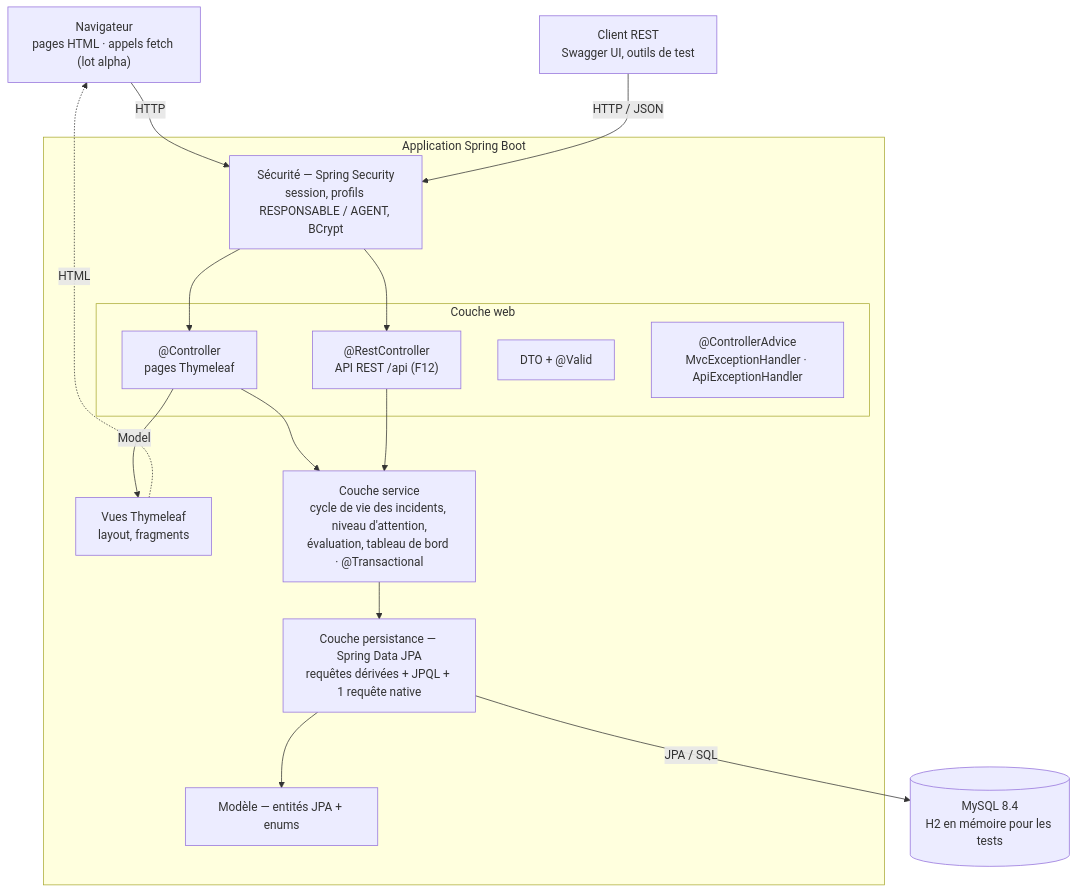
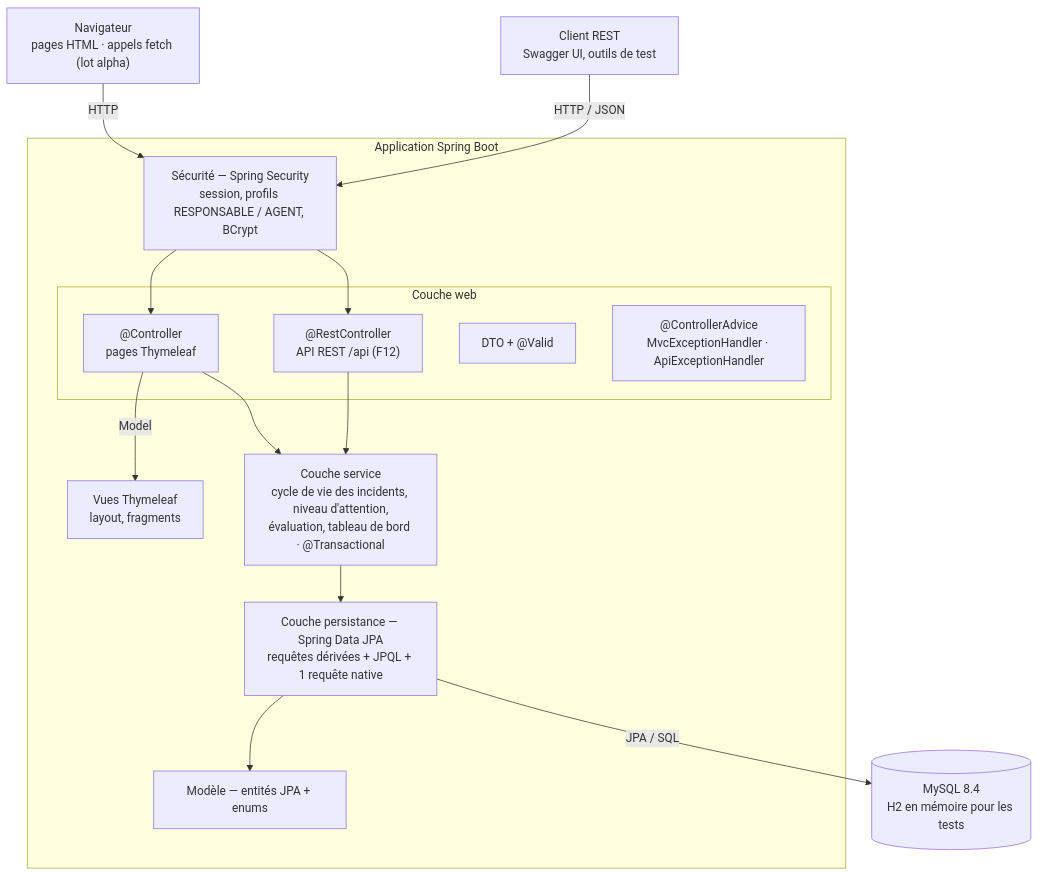
Before and after one commit to ctpnheee/altn72-supervision: the first of 8 diagrams in docs/ARCHITECTURE.md, drawn with Mermaid.

Commit message:
change rendering vue

````diff
--- a/docs/ARCHITECTURE.md
+++ b/docs/ARCHITECTURE.md
@@ -14,33 +14,32 @@
 ```mermaid
 flowchart TB
     nav["Navigateur<br/>pages HTML · appels fetch (lot alpha)"]
     ext["Client REST<br/>Swagger UI, outils de test"]
 
     subgraph app["Application Spring Boot"]
         sec["Sécurité — Spring Security<br/>session, profils RESPONSABLE / AGENT, BCrypt"]
         subgraph web["Couche web"]
             mvc["@Controller<br/>pages Thymeleaf"]
             api["@RestController<br/>API REST /api (F12)"]
             dto["DTO + @Valid"]
             adv["@ControllerAdvice<br/>MvcExceptionHandler · ApiExceptionHandler"]
         end
         views["Vues Thymeleaf<br/>layout, fragments"]
         svc["Couche service<br/>cycle de vie des incidents, niveau d'attention,<br/>évaluation, tableau de bord · @Transactional"]
         repo["Couche persistance — Spring Data JPA<br/>requêtes dérivées + JPQL + 1 requête native"]
         model["Modèle — entités JPA + enums"]
     end
 
     db[("MySQL 8.4<br/>H2 en mémoire pour les tests")]
 
     nav -- HTTP --> sec
     ext -- HTTP / JSON --> sec
     sec --> mvc
     sec --> api
     mvc -- Model --> views
-    views -. HTML .-> nav
     mvc --> svc
     api --> svc
     svc --> repo
     repo --> model
     repo -- JPA / SQL --> db
 ```
````
